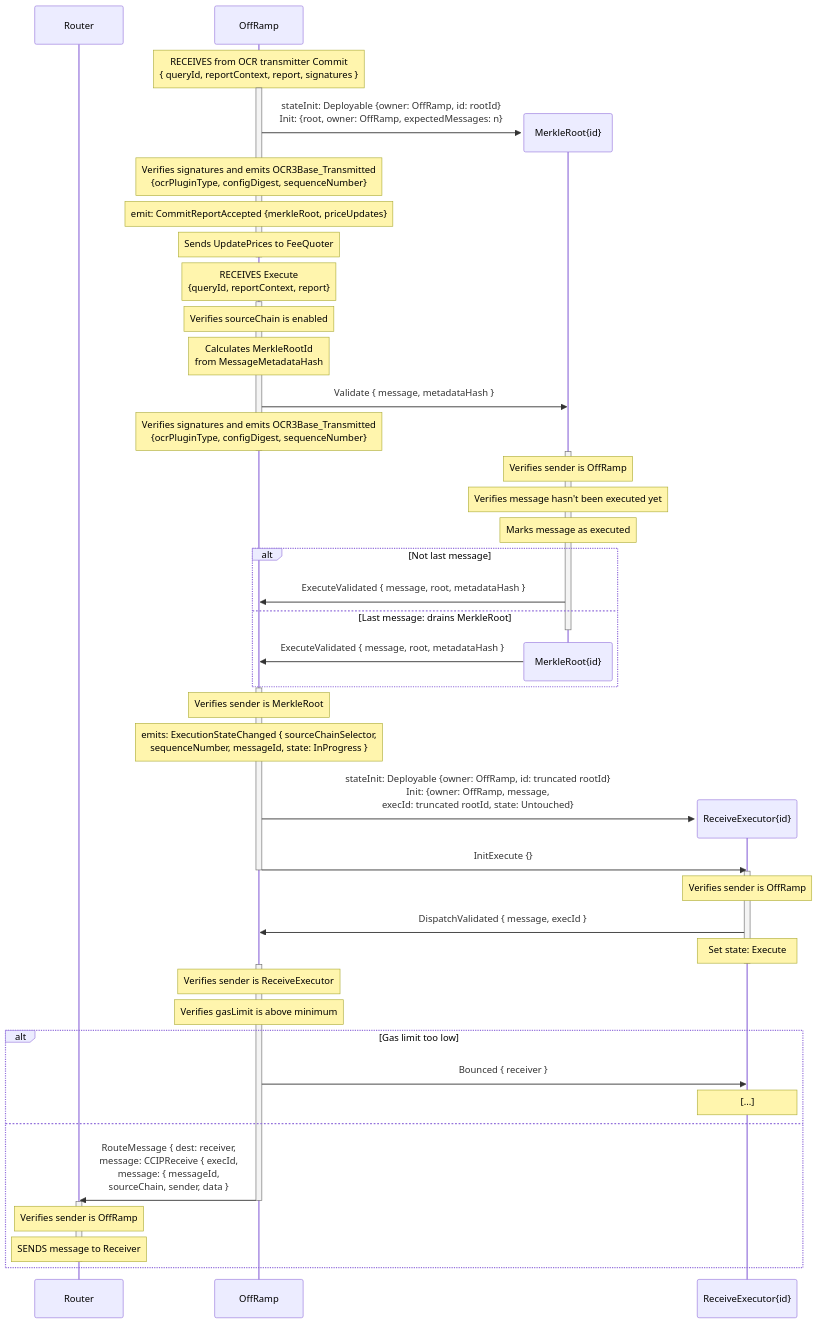
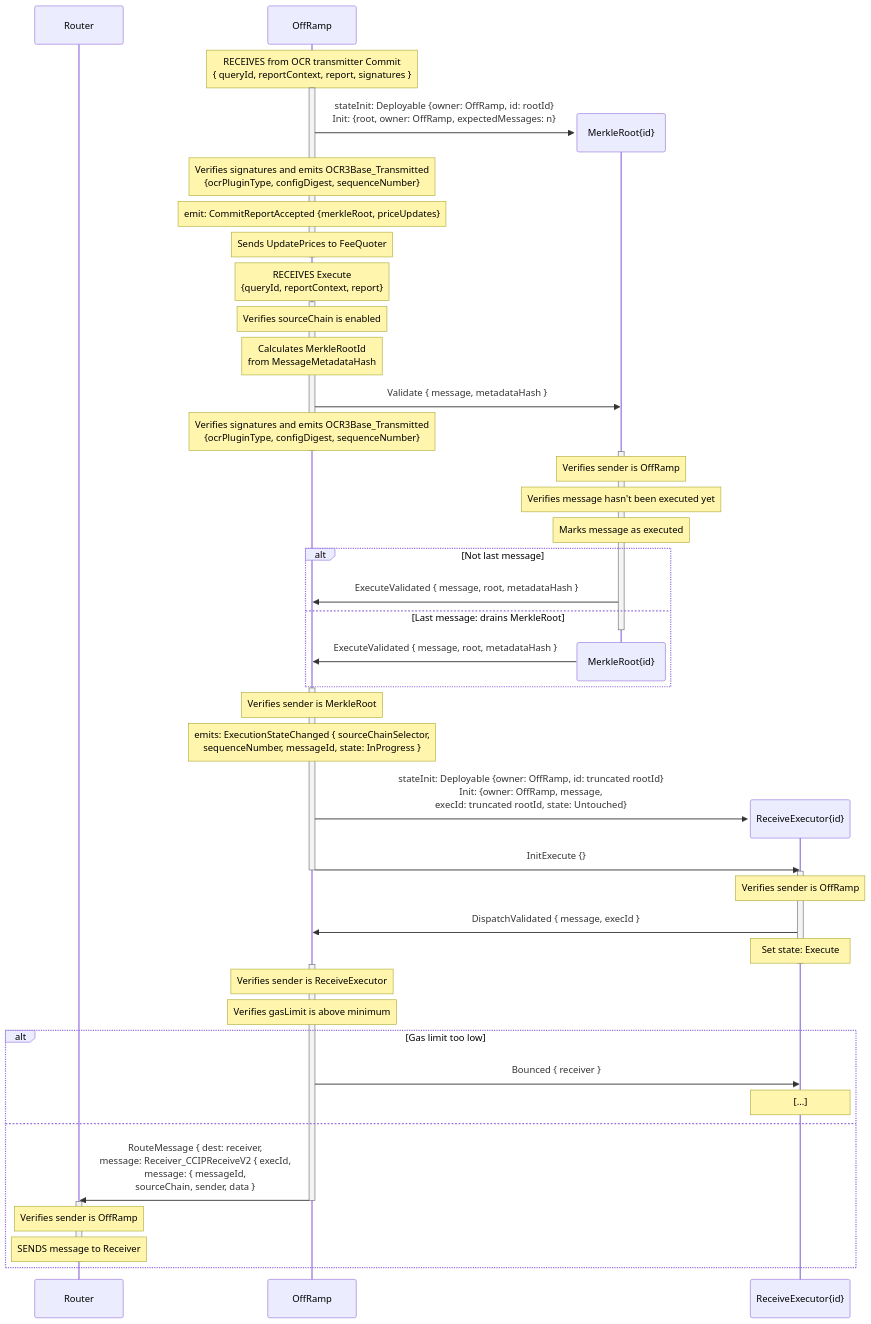
One commit to smartcontractkit/chainlink-ton changed the second of 6 diagrams in docs/contracts/overview/ccip/offramp/arbitrary-msg.md. Above: the diagram before and after it, drawn with Mermaid. The commit also changed other lines of this file and 31 other files, not shown here.

First line of the commit message:
[NONEVM-5608] Fix Receiver_CCIPReceive potential overflow (#841)

````diff
--- a/docs/contracts/overview/ccip/offramp/arbitrary-msg.md
+++ b/docs/contracts/overview/ccip/offramp/arbitrary-msg.md
@@ -33,80 +33,80 @@
 ```mermaid
 sequenceDiagram
     participant R as Router
     participant OR as OffRamp
 
     
     
     Note over OR: RECEIVES from OCR transmitter Commit<br>{ queryId, reportContext, report, signatures }
     activate OR
 
     create participant MR as MerkleRoot{id}
     OR ->> MR: stateInit: Deployable {owner: OffRamp, id: rootId}<br>Init: {root, owner: OffRamp, expectedMessages: n}
     
     Note over OR: Verifies signatures and emits OCR3Base_Transmitted<br>{ocrPluginType, configDigest, sequenceNumber}
     Note over OR: emit: CommitReportAccepted {merkleRoot, priceUpdates}
     Note over OR: Sends UpdatePrices to FeeQuoter
     deactivate OR
  
     Note over OR: RECEIVES Execute<br>{queryId, reportContext, report}
     activate OR
     Note over OR: Verifies sourceChain is enabled
     Note over OR: Calculates MerkleRootId<br>from MessageMetadataHash
 
     OR ->> MR: Validate { message, metadataHash }
 
     Note over OR: Verifies signatures and emits OCR3Base_Transmitted<br>{ocrPluginType, configDigest, sequenceNumber}
     deactivate OR
 
     activate MR
 
     Note over MR: Verifies sender is OffRamp
     Note over MR: Verifies message hasn't been executed yet
     Note over MR: Marks message as executed
 
     
     alt Not last message
     MR ->> OR: ExecuteValidated { message, root, metadataHash }
     else Last message: drains MerkleRoot
     deactivate MR
     destroy MR
     MR ->> OR: ExecuteValidated { message, root, metadataHash }
     end
 
     activate OR
     Note over OR: Verifies sender is MerkleRoot
     Note over OR: emits: ExecutionStateChanged { sourceChainSelector,<br>sequenceNumber, messageId, state: InProgress }
     create participant RE as ReceiveExecutor{id}
     OR ->> RE: stateInit: Deployable {owner: OffRamp, id: truncated rootId}<br>Init: {owner: OffRamp, message,<br>execId: truncated rootId, state: Untouched}
     OR ->> RE: InitExecute {}
     deactivate OR
 
 
 
     activate RE
     Note over RE: Verifies sender is OffRamp
     RE ->> OR: DispatchValidated { message, execId }
     Note over RE: Set state: Execute
     deactivate RE
 
 
 
     activate OR
     Note over OR: Verifies sender is ReceiveExecutor
     Note over OR: Verifies gasLimit is above minimum
     alt Gas limit too low
     OR ->> RE: Bounced { receiver }
     Note over RE: [...]
     else
 
-    OR ->> R: RouteMessage { dest: receiver,<br>message: CCIPReceive { execId,<br>message: { messageId,<br>sourceChain, sender, data }
+    OR ->> R: RouteMessage { dest: receiver,<br>message: Receiver_CCIPReceiveV2 { execId,<br>message: { messageId,<br>sourceChain, sender, data }
     deactivate OR
 
 
 
     activate R
     Note over R: Verifies sender is OffRamp
     Note over R: SENDS message to Receiver
     deactivate R
     end
 ```
````
